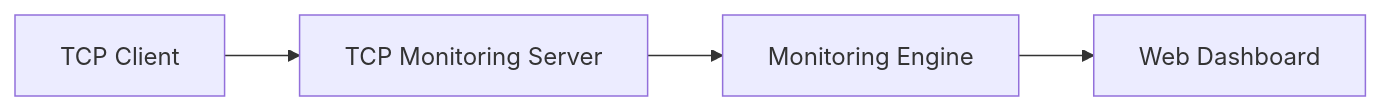
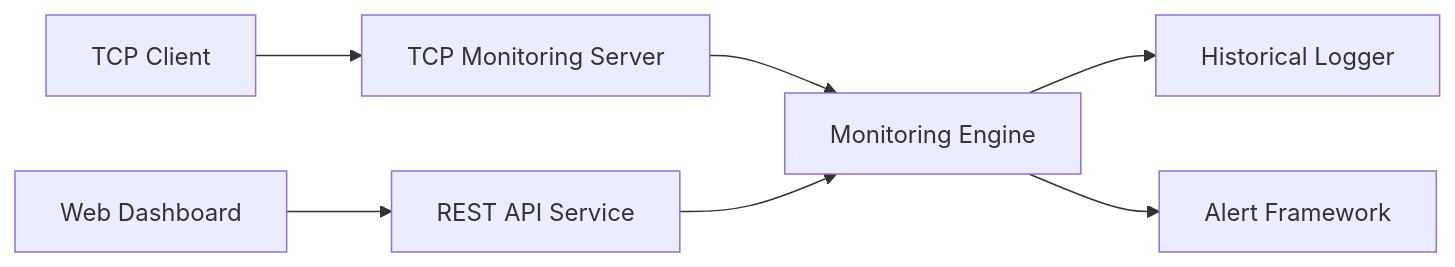
One commit to patricereneeemery/aeld-final-project changed the second of 3 diagrams in docs/project-overview.md. Above: the diagram before and after it, drawn with Mermaid. The commit also changed other lines of this file, not shown here.

````diff
--- a/docs/project-overview.md
+++ b/docs/project-overview.md
@@ -179,17 +200,29 @@
 ```mermaid
 flowchart LR
 
     Client["TCP Client"]
 
-    Server["TCP Monitoring Server"]
+    TCP["TCP Monitoring Server"]
 
     Monitor["Monitoring Engine"]
 
+    Logger["Historical Logger"]
+
+    Alerts["Alert Framework"]
+
+    API["REST API Service"]
+
     Dashboard["Web Dashboard"]
 
-    Client --> Server
+    Client --> TCP
 
-    Server --> Monitor
+    TCP --> Monitor
 
-    Monitor --> Dashboard
+    Monitor --> Logger
+
+    Monitor --> Alerts
+
+    API --> Monitor
+
+    Dashboard --> API
 ```
````
